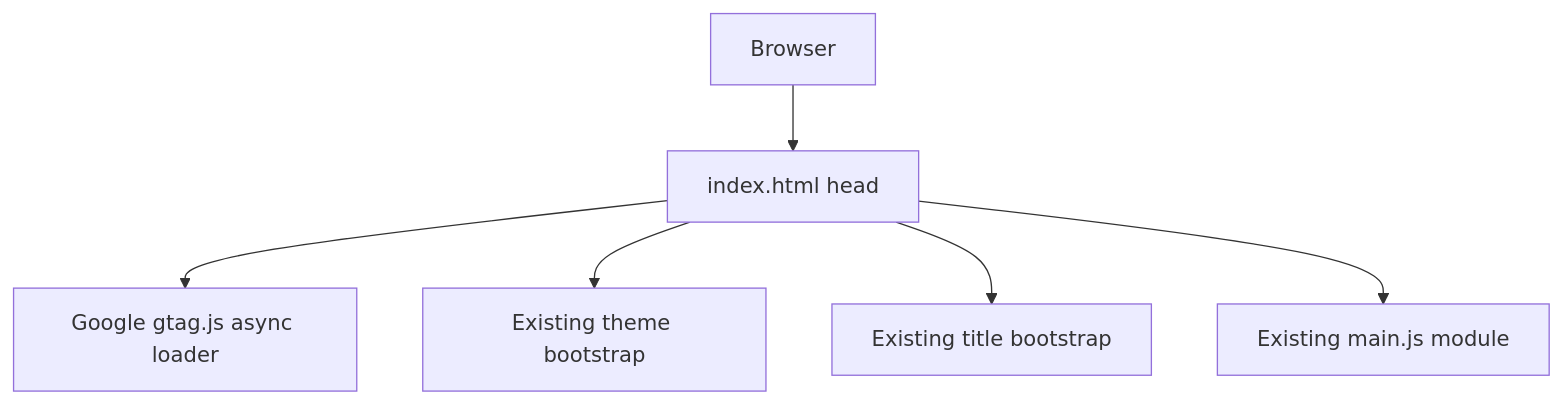
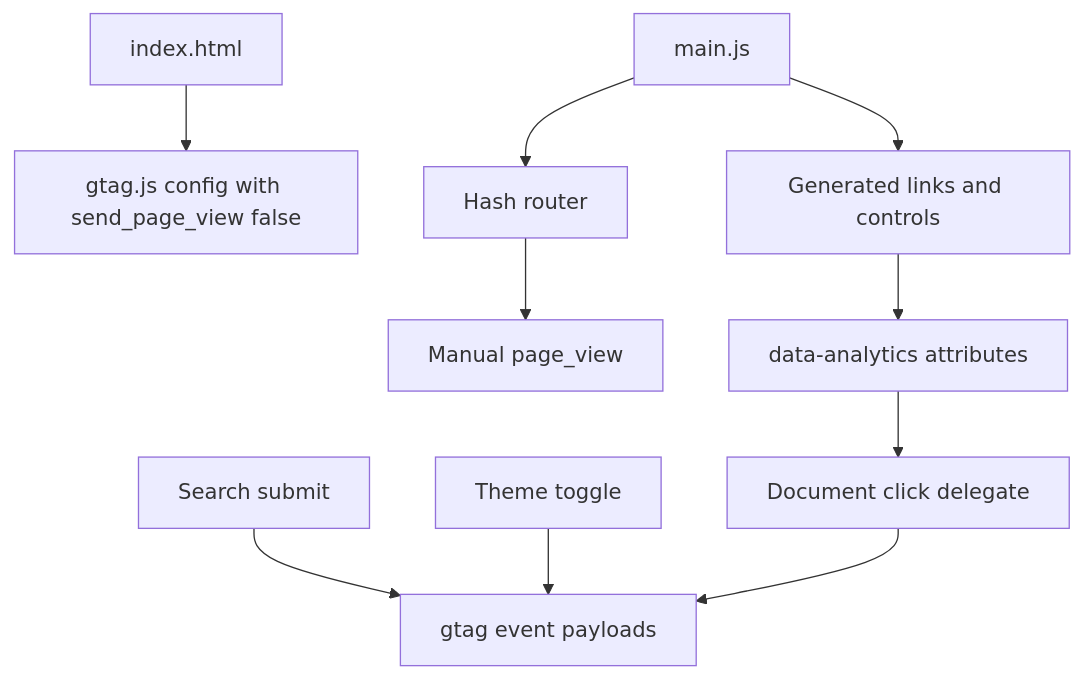
One commit to lanzhiping/lanzhiping.github.io changed the diagram in specs/add-google-analytics/design.md. Above: the diagram before and after it, drawn with Mermaid. The commit also changed other lines of this file and 6 other files, not shown here.

Commit message:
feat(analytics): improve spa event tracking

````diff
--- a/specs/add-google-analytics/design.md
+++ b/specs/add-google-analytics/design.md
@@ -11,8 +9,12 @@
 ```mermaid
 graph TB
-    Browser[Browser] --> Index[index.html head]
-    Index --> GTag[Google gtag.js async loader]
-    Index --> Theme[Existing theme bootstrap]
-    Index --> Title[Existing title bootstrap]
-    Index --> App[Existing main.js module]
+    Index[index.html] --> GTag[gtag.js config with send_page_view false]
+    Main[main.js] --> Router[Hash router]
+    Router --> PageView[Manual page_view]
+    Main --> Renderers[Generated links and controls]
+    Renderers --> DataAttrs[data-analytics attributes]
+    DataAttrs --> Delegate[Document click delegate]
+    Search[Search submit] --> Event[search event]
+    Theme[Theme toggle] --> Event
+    Delegate --> Event[gtag event payloads]
 ```
````
